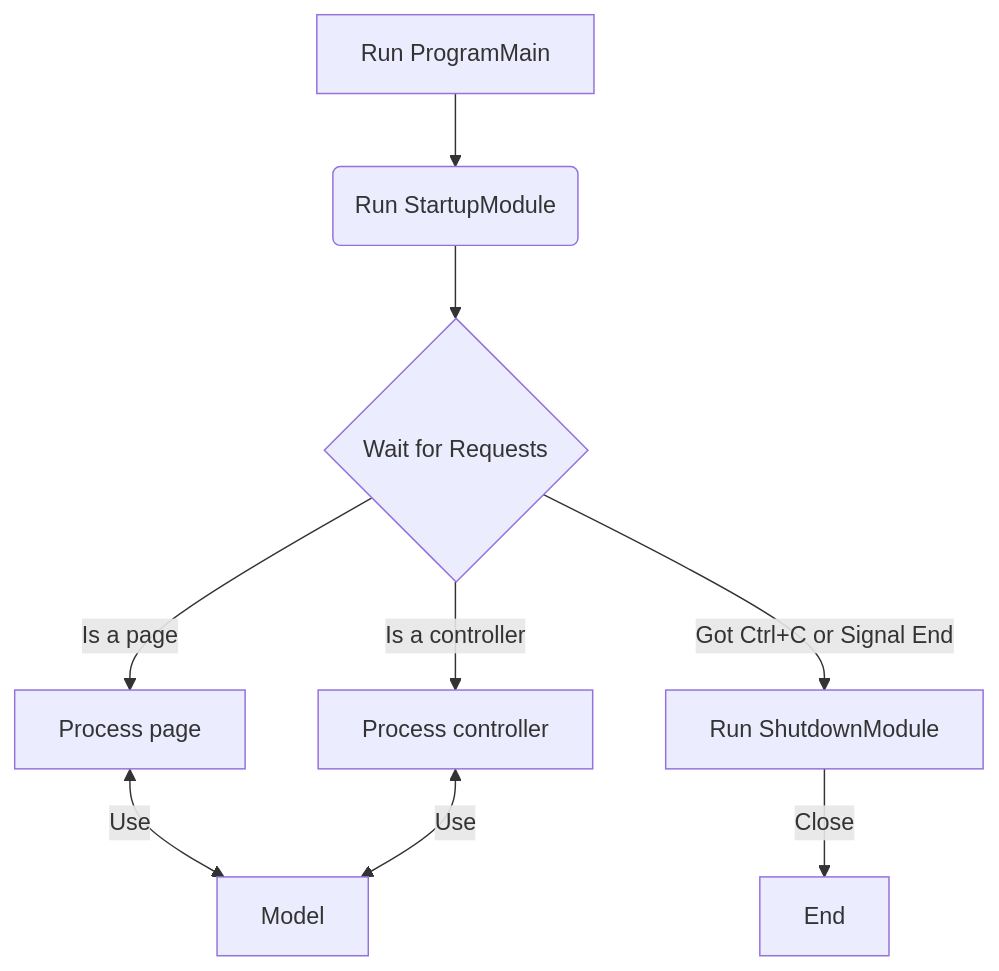
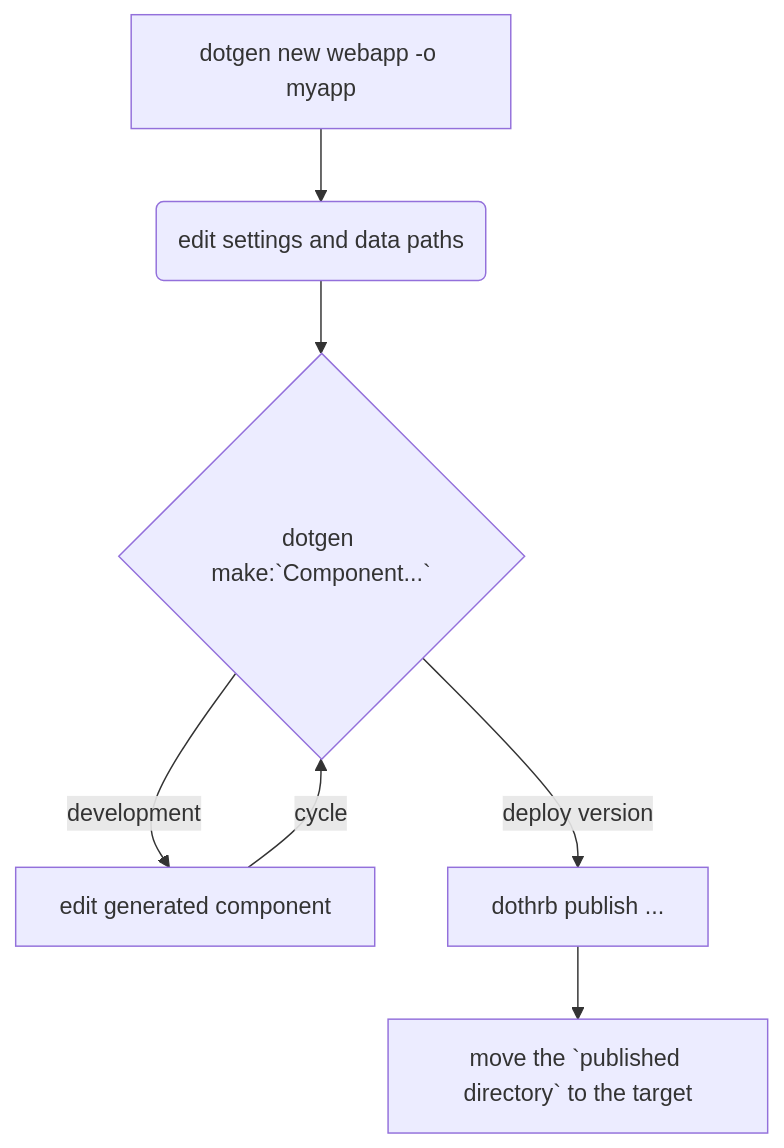
The diagram in README.md (lfiorini/dothrb-public), drawn with Mermaid before and after one commit. The commit also changed other lines of this file, not shown here.

````diff
--- a/README.md
+++ b/README.md
@@ -15,11 +19,9 @@
 ```mermaid
 graph TD
-    A[Run ProgramMain] --> B(Run StartupModule);
-    B --> C{Wait for Requests};
-    C -->|Is a page| D[Process page];
-    C -->|Is a controller| E[Process controller];
-    D <-->|Use| H[Model];
-    E <-->|Use| H[Model];
-    C -->|Got Ctrl+C or Signal End| F[Run ShutdownModule];
-    F -->|Close| G[End]
+    A[dotgen new webapp -o myapp]
+    --> B(edit settings and data paths);
+    B --> C{dotgen make:`Component...`};
+    C --> |development| D[edit generated component] --> |cycle| C;
+    C --> |deploy version| E[dothrb publish ...]
+    E --> F[move the `published directory` to the target]
 ```
````
